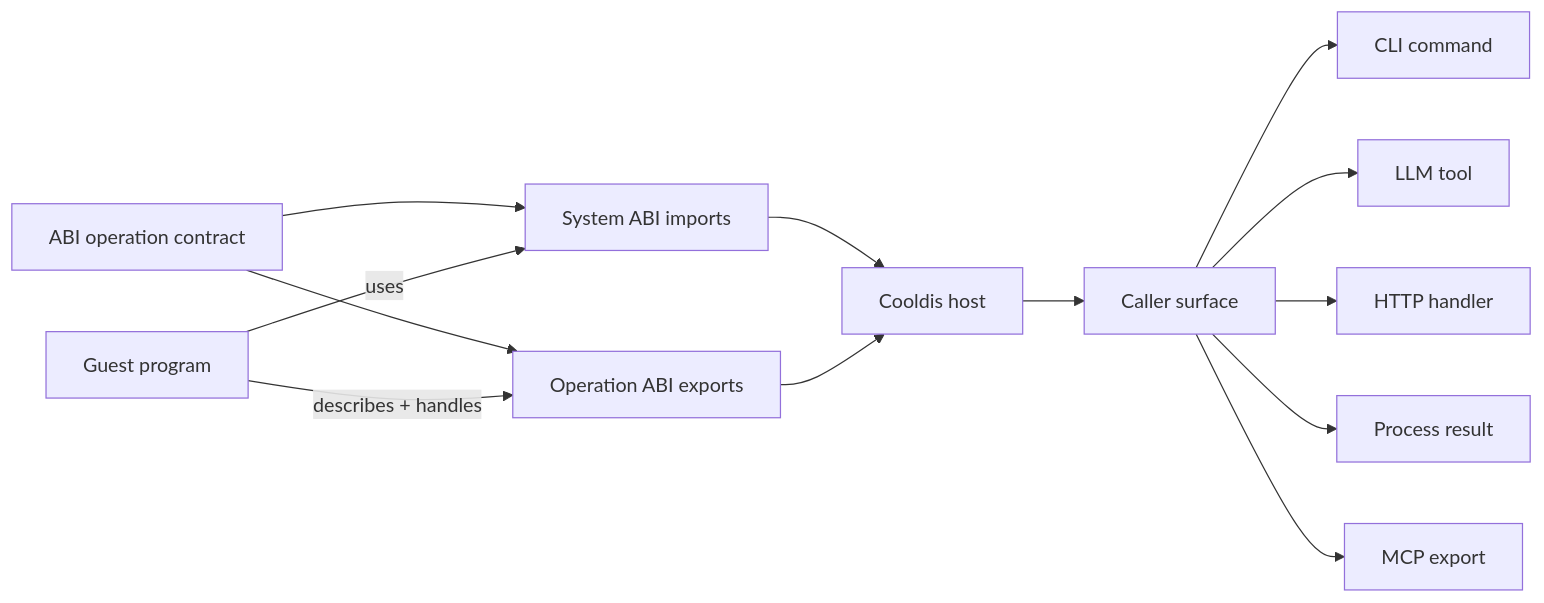
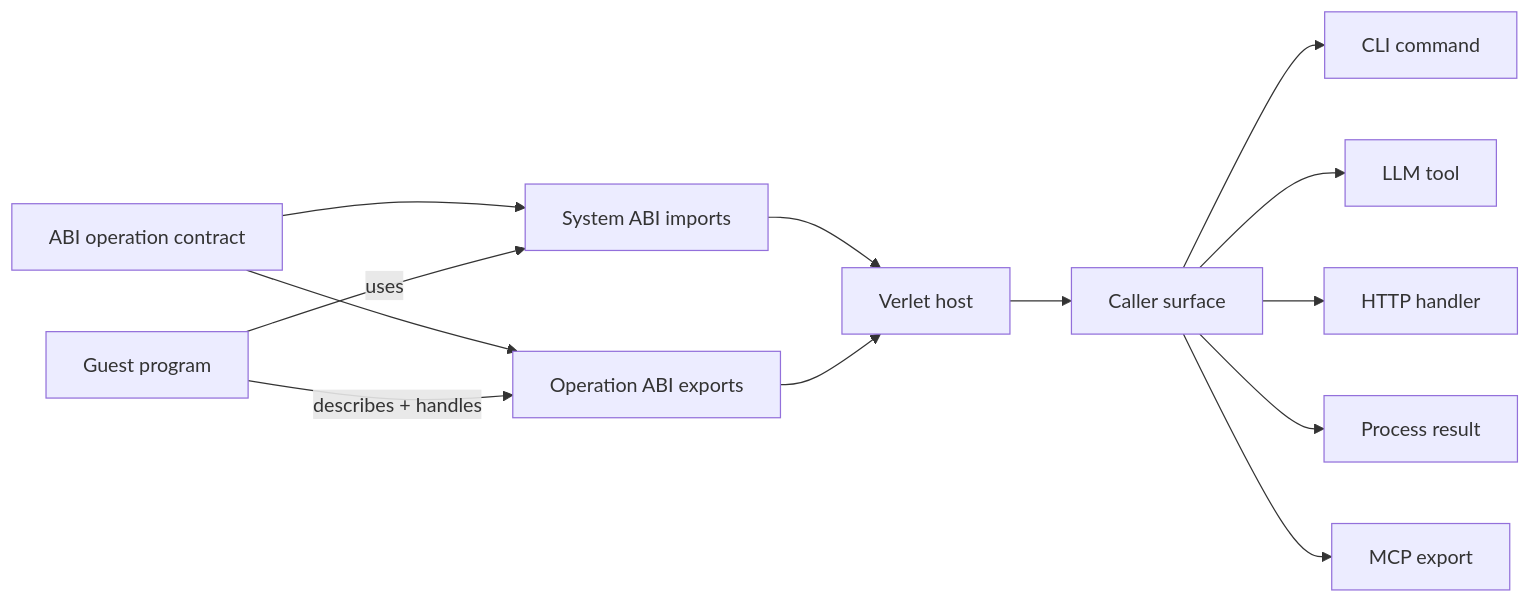
One commit to emotionscientific/cooldis-kernel changed the first of 2 diagrams in docs/abi.md. Above: the diagram before and after it, drawn with Mermaid. The commit also changed other lines of this file and 721 other files, not shown here.

Commit message:
EMO-520: rename Cooldis kernel to Verlet

````diff
--- a/docs/abi.md
+++ b/docs/abi.md
@@ -13,23 +13,23 @@
 ```mermaid
 flowchart LR
     Guest[Guest program]
     Contract[ABI operation contract]
     SystemABI[System ABI imports]
     OperationABI[Operation ABI exports]
-    Cooldis[Cooldis host]
+    Verlet[Verlet host]
     Surface[Caller surface]
 
     Contract --> SystemABI
     Contract --> OperationABI
     Guest -->|uses| SystemABI
     Guest -->|describes + handles| OperationABI
-    SystemABI --> Cooldis
-    OperationABI --> Cooldis
-    Cooldis --> Surface
+    SystemABI --> Verlet
+    OperationABI --> Verlet
+    Verlet --> Surface
 
     Surface --> CLI[CLI command]
     Surface --> Tool[LLM tool]
     Surface --> HTTP[HTTP handler]
     Surface --> Process[Process result]
     Surface --> MCP[MCP export]
 ```
````
